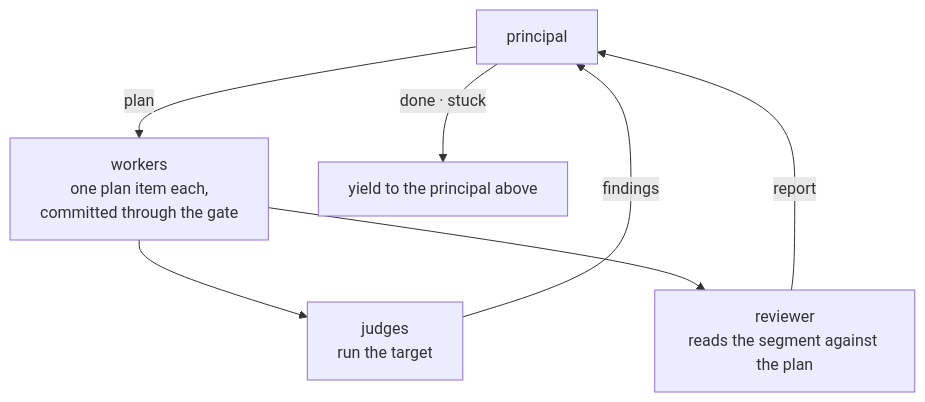
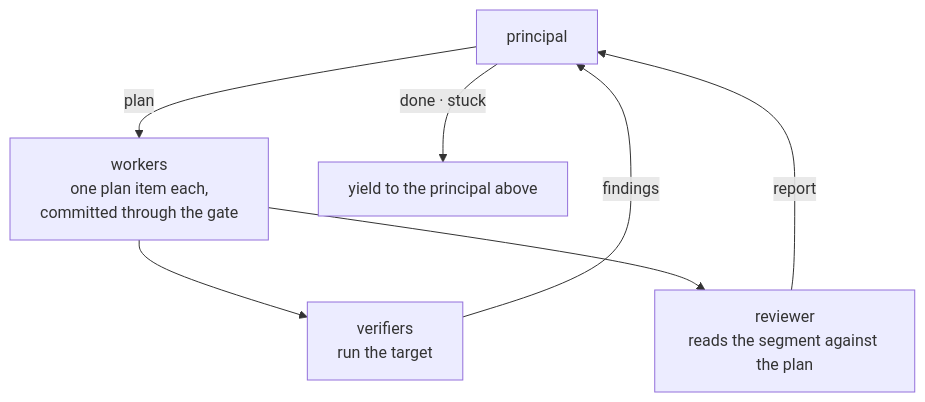
Before and after one commit to GeoffNordling/dev-playbook: the diagram in workstreams/system/drive/stint-model.md, drawn with Mermaid. The commit also changed other lines of this file and 3 other files, not shown here.

````diff
--- a/workstreams/system/drive/stint-model.md
+++ b/workstreams/system/drive/stint-model.md
@@ -21,9 +21,9 @@
 ```mermaid
 flowchart TD
     P["principal"] -- "plan" --> W["workers<br/>one plan item each,<br/>committed through the gate"]
-    W --> J["judges<br/>run the target"]
+    W --> J["verifiers<br/>run the target"]
     W --> R["reviewer<br/>reads the segment against the plan"]
     J -- "findings" --> P
     R -- "report" --> P
     P -- "done · stuck" --> Y["yield to the principal above"]
 ```
````
